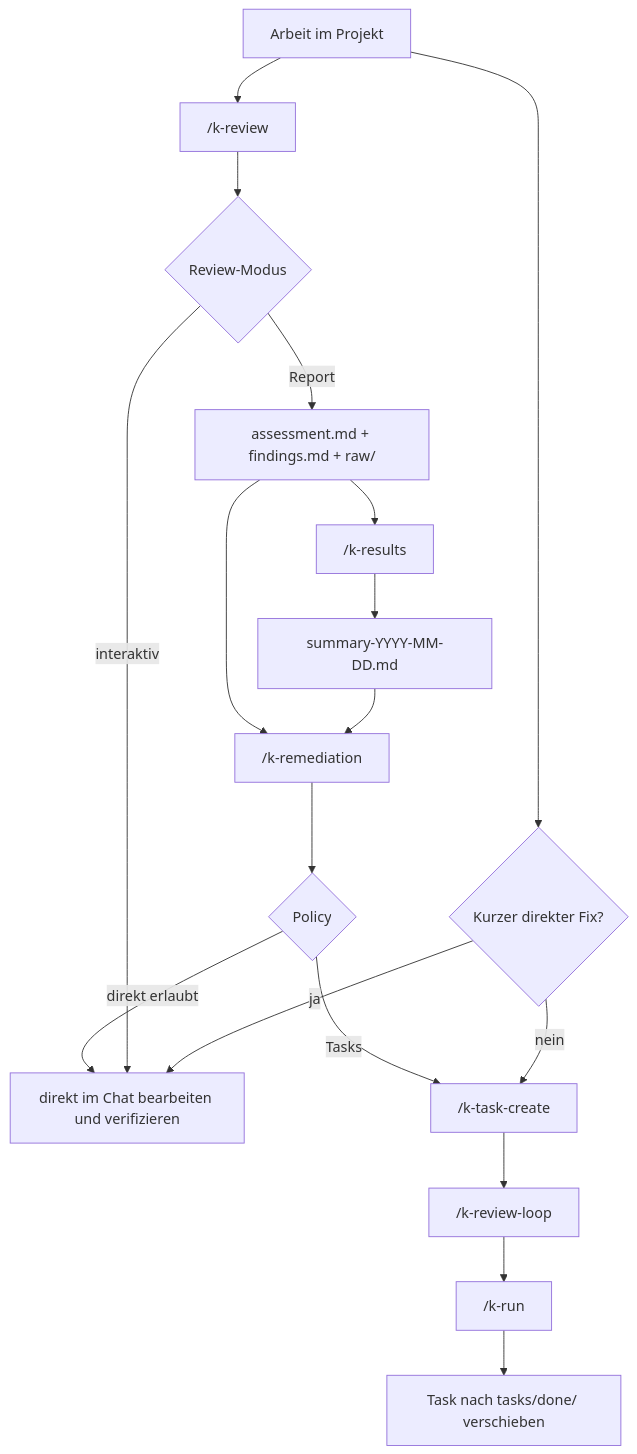
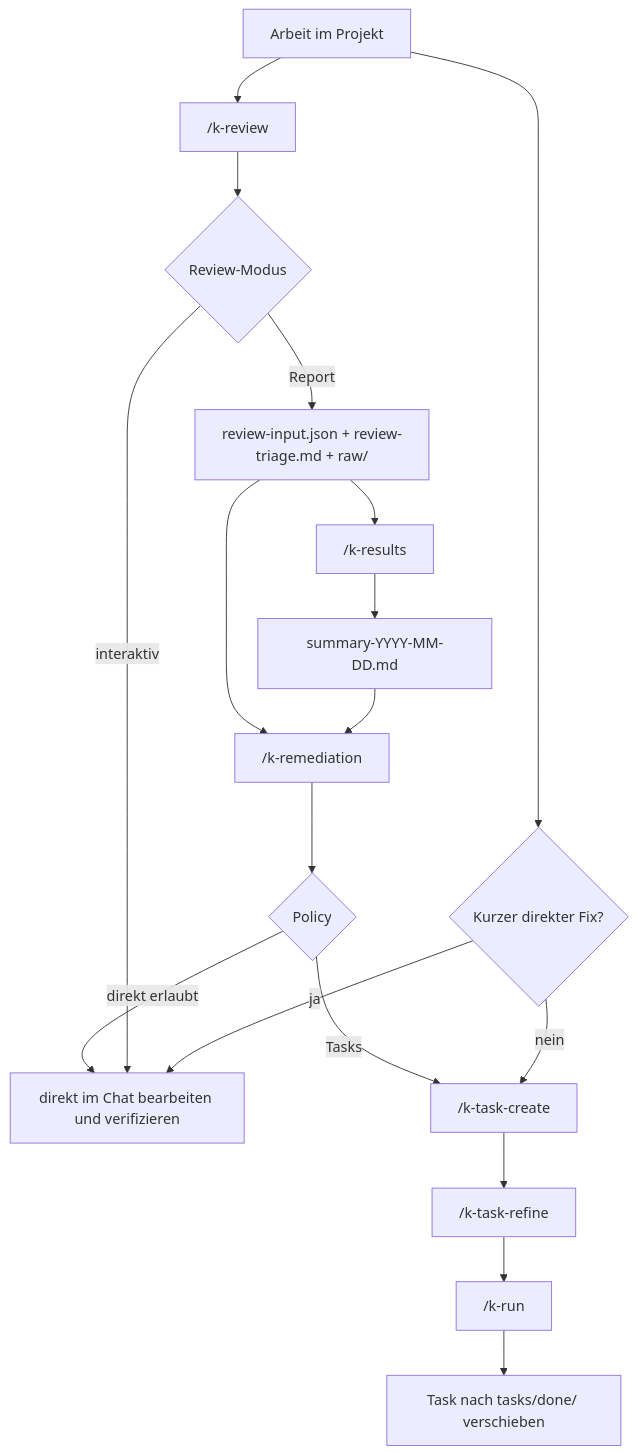
One commit to kascada/k-playbook changed the third of 3 diagrams in docs/handbuch.md. Above: the diagram before and after it, drawn with Mermaid. The commit also changed other lines of this file and 37 other files, not shown here.

````diff
--- a/docs/handbuch.md
+++ b/docs/handbuch.md
@@ -158,21 +158,21 @@
 ```mermaid
 flowchart TD
     Start["Arbeit im Projekt"] --> Small{"Kurzer direkter Fix?"}
     Small -->|ja| Direct["direkt im Chat bearbeiten und verifizieren"]
     Small -->|nein| Task["/k-task-create"]
-    Task --> ReviewLoop["/k-review-loop"]
+    Task --> ReviewLoop["/k-task-refine"]
     ReviewLoop --> Run["/k-run"]
     Run --> Done["Task nach tasks/done/ verschieben"]
 
     Start --> Review["/k-review <name>"]
     Review --> Mode{"Review-Modus"}
     Mode -->|interaktiv| Direct
-    Mode -->|Report| Artifacts["assessment.md + findings.md + raw/"]
+    Mode -->|Report| Artifacts["review-input.json + review-triage.md + raw/"]
     Artifacts --> Results["/k-results"]
     Results --> Summary["summary-YYYY-MM-DD.md"]
     Summary --> Remediation["/k-remediation"]
     Artifacts --> Remediation
     Remediation --> Policy{"Policy"}
     Policy -->|Tasks| Task
     Policy -->|direkt erlaubt| Direct
 ```
````
